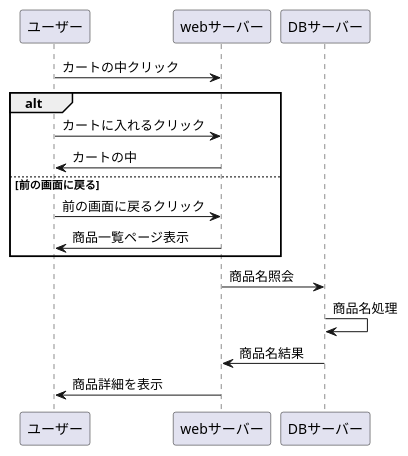
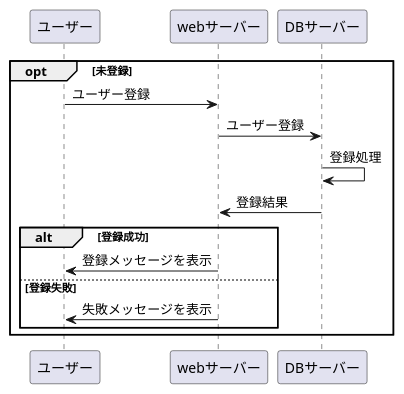
One commit to Aso2001403/2021sys-design changed the diagram in ka-toin.md. Above: the diagram before and after it, drawn with PlantUML. The commit also changed other lines of this file, not shown here.

````diff
--- a/ka-toin.md
+++ b/ka-toin.md
@@ -1,19 +1,17 @@
 ```uml
 @startuml
+opt 未登録
+ ユーザー -> webサーバー : ユーザー登録
+ webサーバー -> DBサーバー : ユーザー登録
+ DBサーバー -> DBサーバー : 登録処理
+ DBサーバー -> webサーバー : 登録結果
 
-
-ユーザー -> webサーバー : カートの中クリック
-alt 
- ユーザー -> webサーバー :カートに入れるクリック
- webサーバー -> ユーザー:カートの中
- else 前の画面に戻る
- ユーザー -> webサーバー :前の画面に戻るクリック
- webサーバー -> ユーザー:商品一覧ページ表示
+ alt 登録成功
+ webサーバー -> ユーザー : 登録メッセージを表示
+ else 登録失敗
+ webサーバー -> ユーザー : 失敗メッセージを表示
  end
-webサーバー -> DBサーバー : 商品名照会
-DBサーバー -> DBサーバー : 商品名処理
-DBサーバー -> webサーバー : 商品名結果
-webサーバー -> ユーザー : 商品詳細を表示
+end
 
 @enduml
 ```
````
